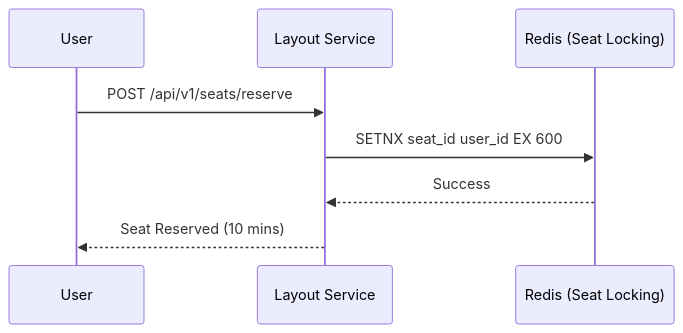
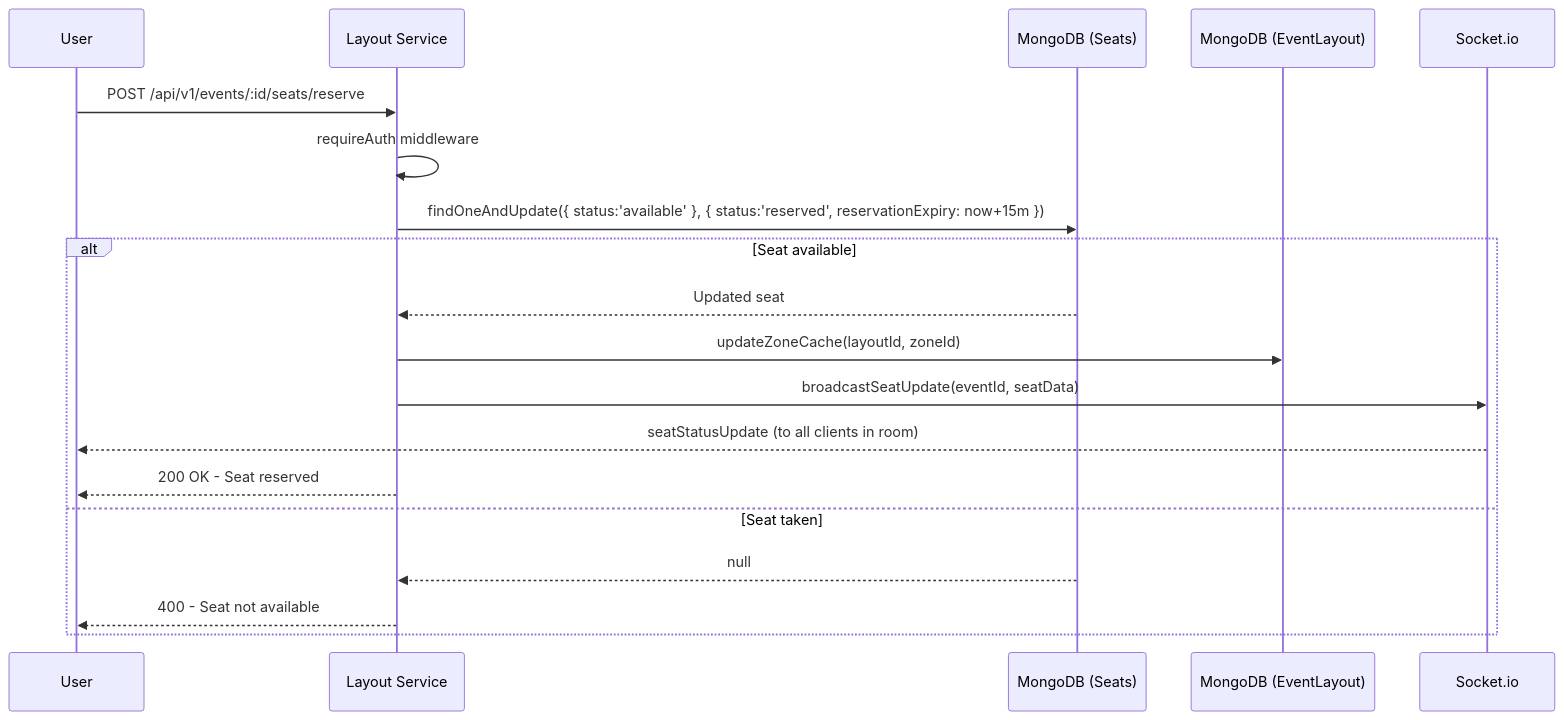
Before and after one commit to SDN-Group5/Event-Ticketing-Platform: the second of 42 diagrams in doc/UML/Nam_BookingOrg.md, drawn with Mermaid. The commit also changed other lines of this file and 2 other files, not shown here.

````diff
--- a/doc/UML/Nam_BookingOrg.md
+++ b/doc/UML/Nam_BookingOrg.md
@@ -26,10 +50,22 @@
 ```mermaid
 sequenceDiagram
     participant U as User
-    participant L as Layout Service
-    participant R as Redis (Seat Locking)
-    U->>L: POST /api/v1/seats/reserve
-    L->>R: SETNX seat_id user_id EX 600
-    R-->>L: Success
-    L-->>U: Seat Reserved (10 mins)
+    participant LS as Layout Service
+    participant DB as MongoDB (Seats)
+    participant EL as MongoDB (EventLayout)
+    participant SK as Socket.io
+
+    U->>LS: POST /api/v1/events/:id/seats/reserve
+    LS->>LS: requireAuth middleware
+    LS->>DB: findOneAndUpdate({ status:'available' }, { status:'reserved', reservationExpiry: now+15m })
+    alt Seat available
+        DB-->>LS: Updated seat
+        LS->>EL: updateZoneCache(layoutId, zoneId)
+        LS->>SK: broadcastSeatUpdate(eventId, seatData)
+        SK-->>U: seatStatusUpdate (to all clients in room)
+        LS-->>U: 200 OK - Seat reserved
+    else Seat taken
+        DB-->>LS: null
+        LS-->>U: 400 - Seat not available
+    end
 ```
````
